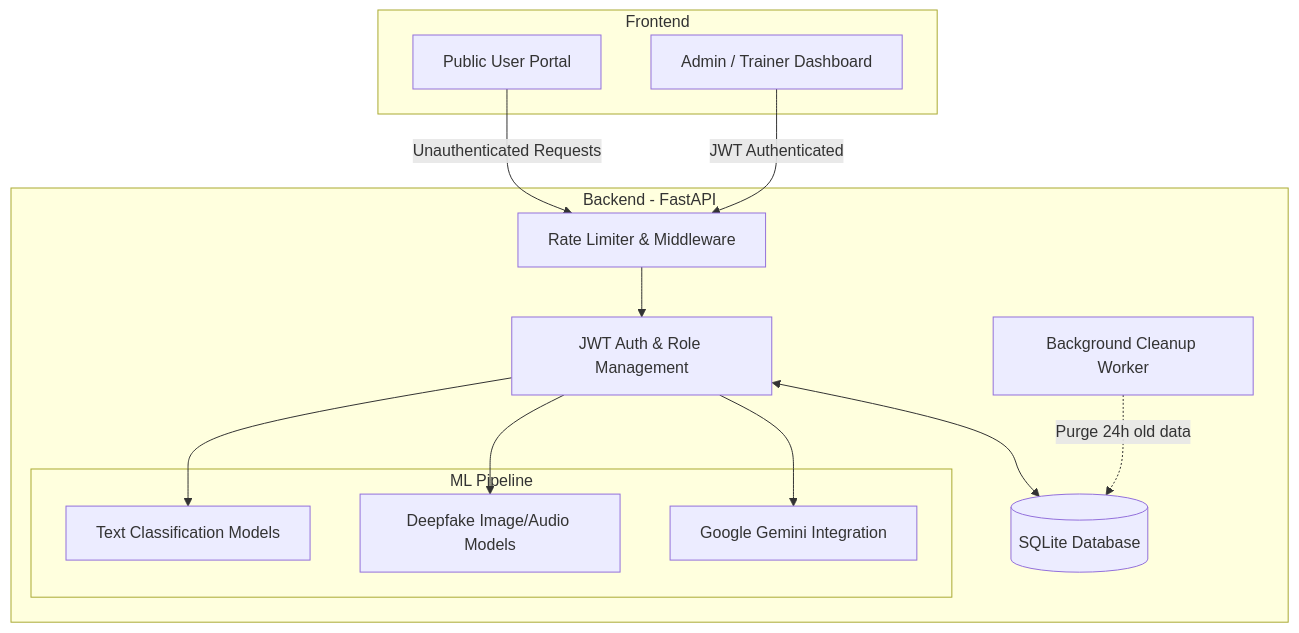
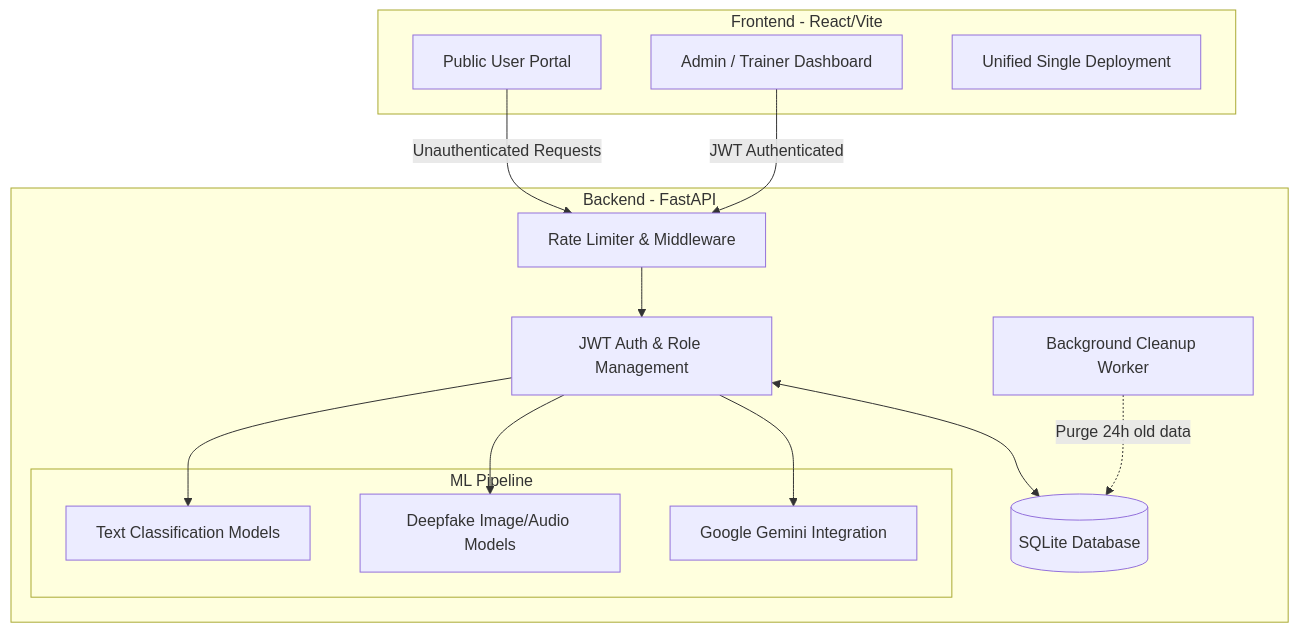
One commit to AnustupMaity/Legit.Ai changed the diagram in README.md. Above: the diagram before and after it, drawn with Mermaid. The commit also changed other lines of this file and 87 other files, not shown here.

````diff
--- a/README.md
+++ b/README.md
@@ -29,32 +29,33 @@
 ```mermaid
 graph TD
-    subgraph Frontend
+    subgraph Frontend - React/Vite
         A[Public User Portal]
         B[Admin / Trainer Dashboard]
+        note1[Unified Single Deployment]
     end
 
     subgraph Backend - FastAPI
         C[Rate Limiter & Middleware]
         D[JWT Auth & Role Management]
         E[Background Cleanup Worker]
         
         subgraph ML Pipeline
             F[Text Classification Models]
             G[Deepfake Image/Audio Models]
             H[Google Gemini Integration]
         end
         
         I[(SQLite Database)]
     end
 
     A -->|Unauthenticated Requests| C
     B -->|JWT Authenticated| C
     
     C --> D
     D --> F
     D --> G
     D --> H
     
     D <--> I
     E -.->|Purge 24h old data| I
 ```
````
